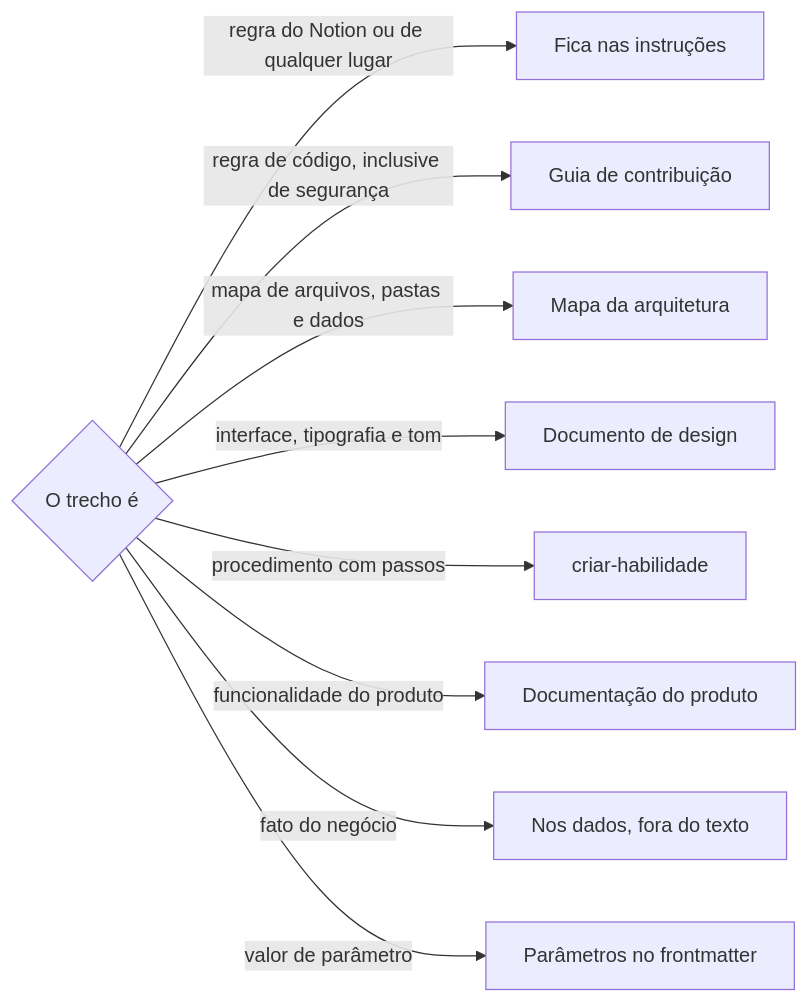
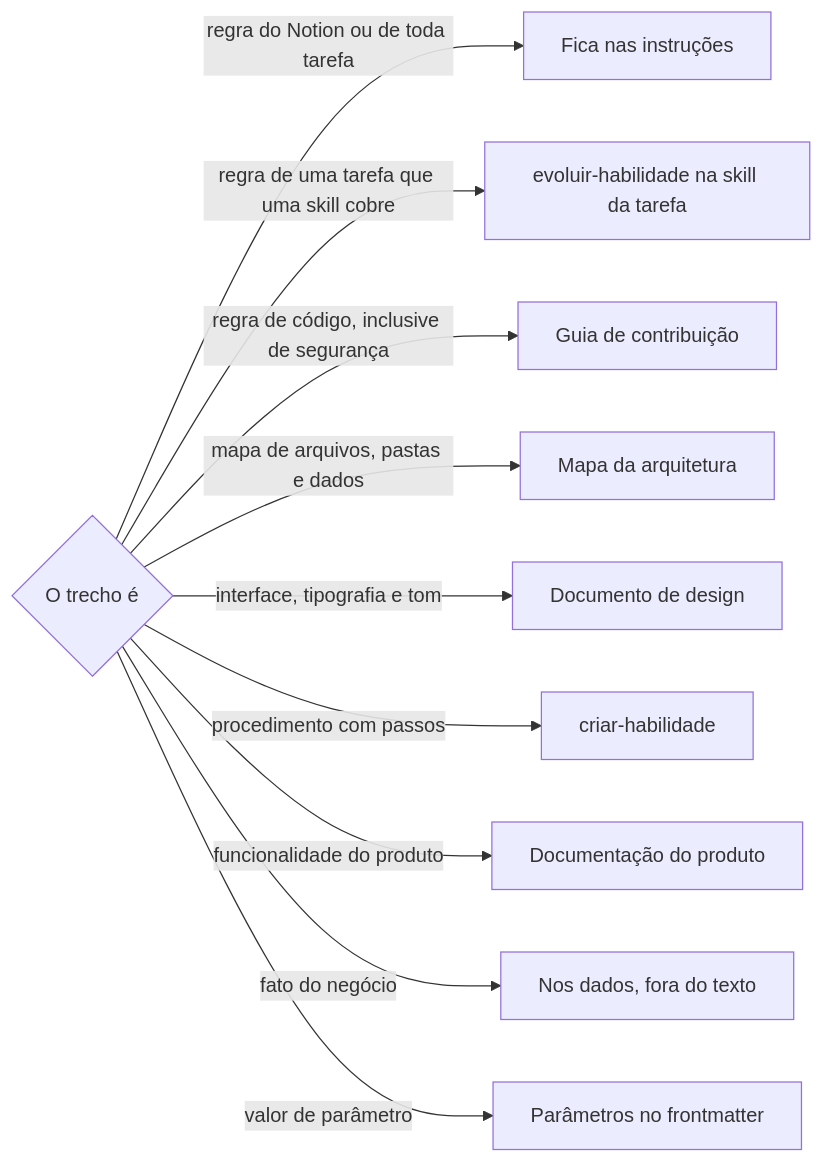
The diagram in .agents/skills/definir-instrucoes-do-projeto/SKILL.md (jimmyandrade/harness), drawn with Mermaid before and after one commit. The commit also changed other lines of this file and 3 other files, not shown here.

````diff
--- a/.agents/skills/definir-instrucoes-do-projeto/SKILL.md
+++ b/.agents/skills/definir-instrucoes-do-projeto/SKILL.md
@@ -35,11 +35,12 @@
 ```mermaid
 flowchart LR
-  A{O trecho é} -->|regra do Notion ou de qualquer lugar| F[Fica nas instruções]
+  A{O trecho é} -->|regra do Notion ou de toda tarefa| F[Fica nas instruções]
+  A -->|regra de uma tarefa que uma skill cobre| K[evoluir-habilidade na skill da tarefa]
   A -->|regra de código, inclusive de segurança| C[Guia de contribuição]
   A -->|mapa de arquivos, pastas e dados| R[Mapa da arquitetura]
   A -->|interface, tipografia e tom| D[Documento de design]
   A -->|procedimento com passos| S[criar-habilidade]
   A -->|funcionalidade do produto| P[Documentação do produto]
   A -->|fato do negócio| N[Nos dados, fora do texto]
   A -->|valor de parâmetro| B[Parâmetros no frontmatter]
 ```
````
